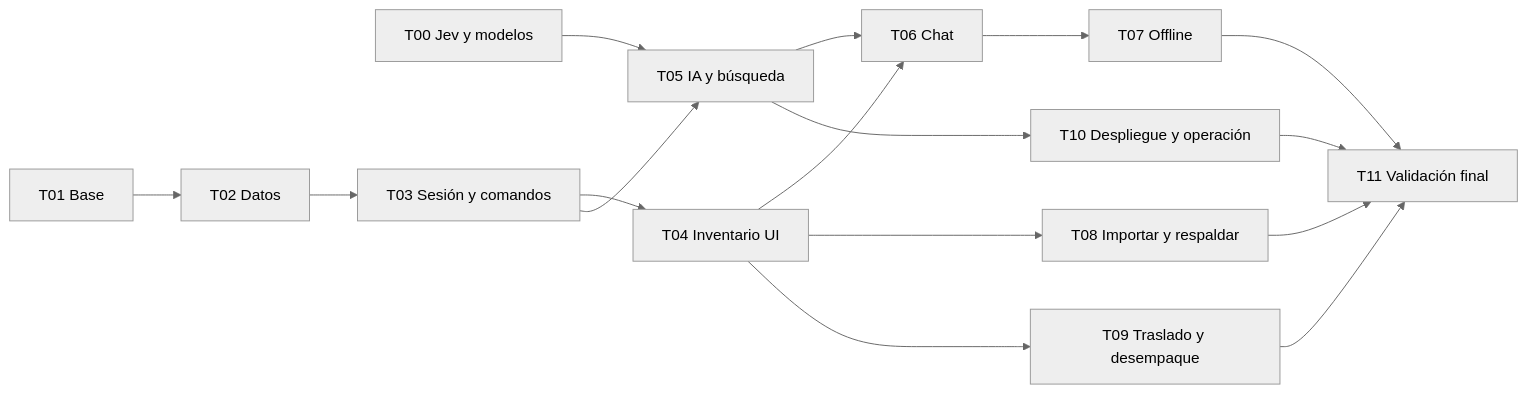
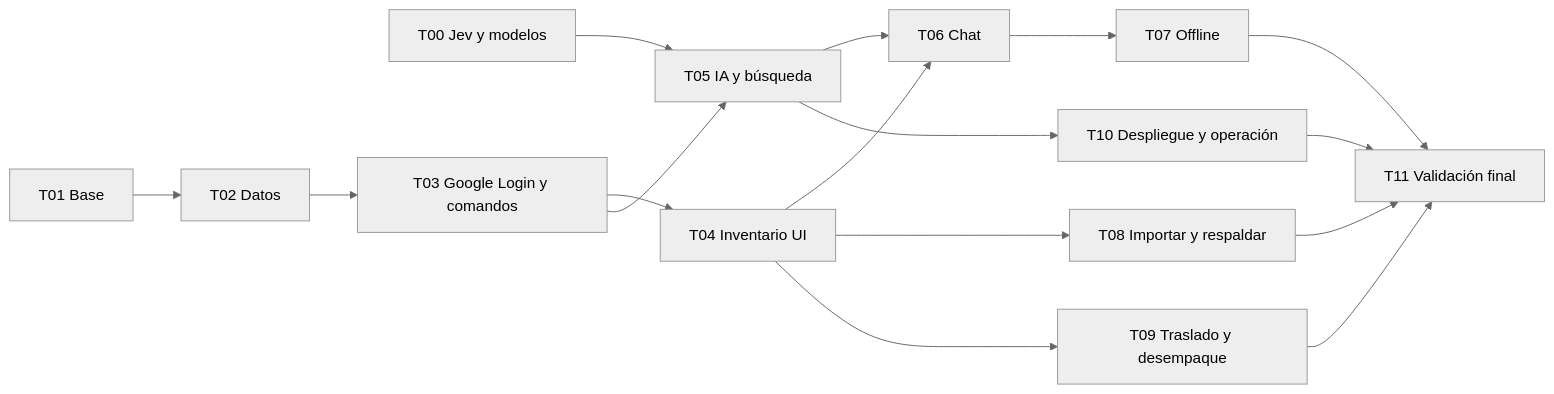
One commit to sebastian-gesualdo/mudanza-savanna changed the diagram in docs/specs/08-plan-implementacion.md. Above: the diagram before and after it, drawn with Mermaid (neutral theme). The commit also changed other lines of this file and 10 other files, not shown here.

Commit message:
docs: specify Google login with Supabase Auth

````diff
--- a/docs/specs/08-plan-implementacion.md
+++ b/docs/specs/08-plan-implementacion.md
@@ -7,18 +7,18 @@
 ```mermaid
 flowchart LR
     T00[T00 Jev y modelos] --> T05[T05 IA y búsqueda]
     T01[T01 Base] --> T02[T02 Datos]
-    T02 --> T03[T03 Sesión y comandos]
+    T02 --> T03[T03 Google Login y comandos]
     T03 --> T04[T04 Inventario UI]
     T03 --> T05
     T04 --> T06[T06 Chat]
     T05 --> T06
     T06 --> T07[T07 Offline]
     T04 --> T08[T08 Importar y respaldar]
     T04 --> T09[T09 Traslado y desempaque]
     T05 --> T10[T10 Despliegue y operación]
     T07 --> T11[T11 Validación final]
     T08 --> T11
     T09 --> T11
     T10 --> T11
 ```
````
